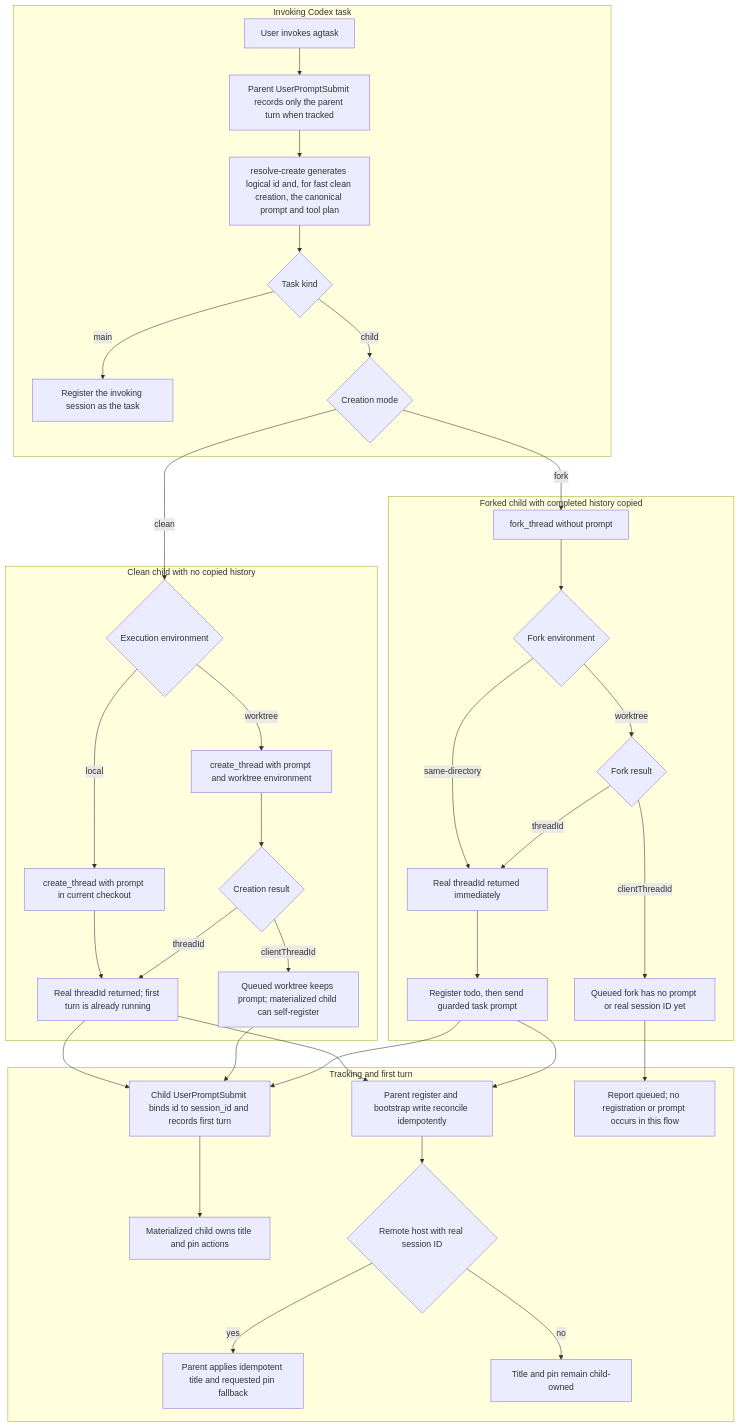
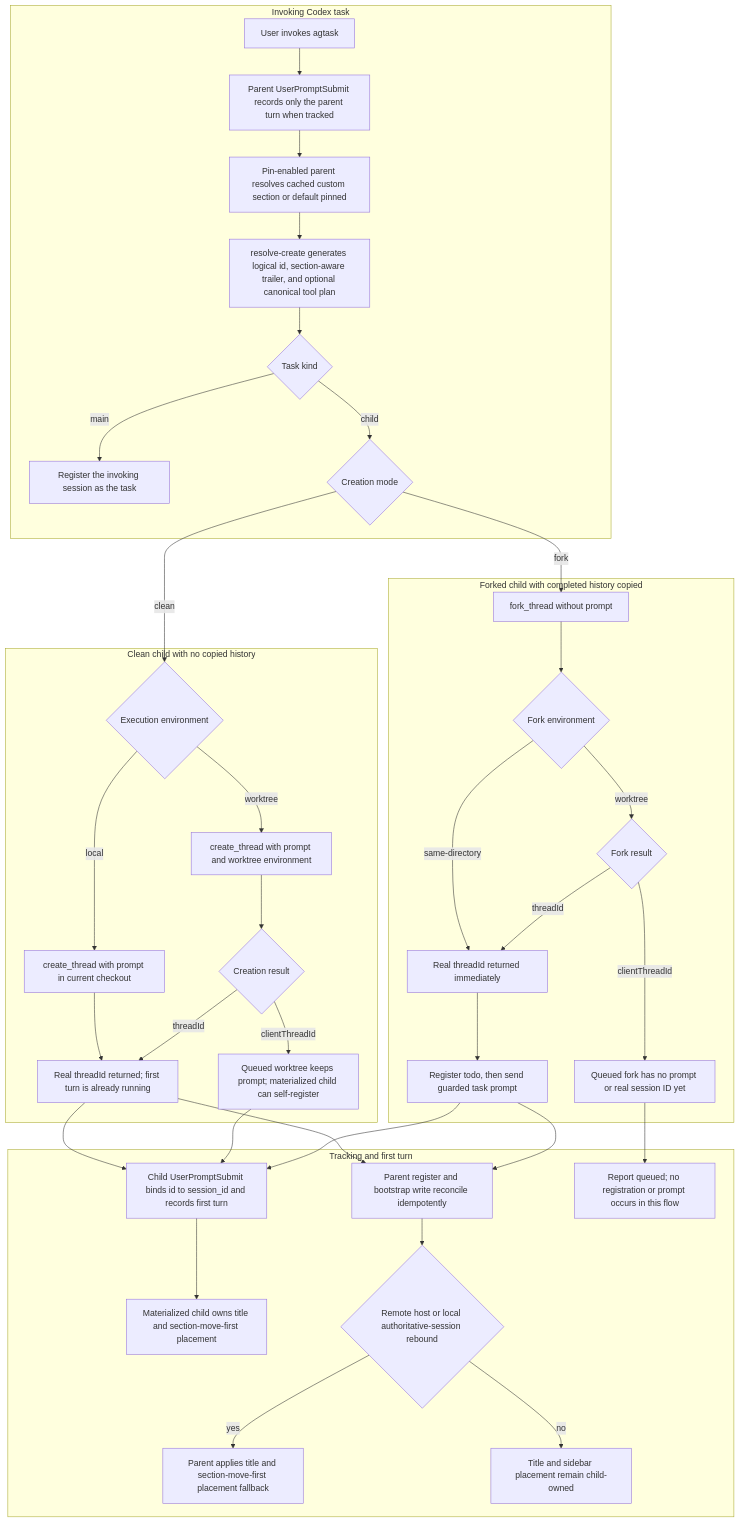
The diagram in active/agtask/docs/flows/task-creation.md (kevinslin/agstack), drawn with Mermaid before and after one commit. The commit also changed other lines of this file and 14 other files, not shown here.

````diff
--- a/active/agtask/docs/flows/task-creation.md
+++ b/active/agtask/docs/flows/task-creation.md
@@ -28,43 +28,44 @@
 ```mermaid
 graph TD
     subgraph Parent["Invoking Codex task"]
         A["User invokes agtask"] --> B["Parent UserPromptSubmit records only the parent turn when tracked"]
-        B --> C["resolve-create generates logical id and, for fast clean creation, the canonical prompt and tool plan"]
+        B --> SC["Pin-enabled parent resolves cached custom section or default pinned"]
+        SC --> C["resolve-create generates logical id, section-aware trailer, and optional canonical tool plan"]
         C --> D{"Task kind"}
         D -->|main| E["Register the invoking session as the task"]
         D -->|child| F{"Creation mode"}
     end
 
     subgraph Clean["Clean child with no copied history"]
         F -->|clean| G{"Execution environment"}
         G -->|local| H["create_thread with prompt in current checkout"]
         G -->|worktree| I["create_thread with prompt and worktree environment"]
         H --> J["Real threadId returned; first turn is already running"]
         I --> K{"Creation result"}
         K -->|threadId| J
         K -->|clientThreadId| L["Queued worktree keeps prompt; materialized child can self-register"]
     end
 
     subgraph Fork["Forked child with completed history copied"]
         F -->|fork| M["fork_thread without prompt"]
         M --> N{"Fork environment"}
         N -->|same-directory| O["Real threadId returned immediately"]
         N -->|worktree| P{"Fork result"}
         P -->|threadId| O
         P -->|clientThreadId| Q["Queued fork has no prompt or real session ID yet"]
         O --> R["Register todo, then send guarded task prompt"]
     end
 
     subgraph Binding["Tracking and first turn"]
         J --> S["Child UserPromptSubmit binds id to session_id and records first turn"]
         L --> S
         R --> S
-        S --> V["Materialized child owns title and pin actions"]
+        S --> V["Materialized child owns title and section-move-first placement"]
         J --> T["Parent register and bootstrap write reconcile idempotently"]
         R --> T
-        T --> W{"Remote host with real session ID"}
-        W -->|yes| X["Parent applies idempotent title and requested pin fallback"]
-        W -->|no| Y["Title and pin remain child-owned"]
+        T --> W{"Remote host or local authoritative-session rebound"}
+        W -->|yes| X["Parent applies title and section-move-first placement fallback"]
+        W -->|no| Y["Title and sidebar placement remain child-owned"]
         Q --> U["Report queued; no registration or prompt occurs in this flow"]
     end
 ```
````
